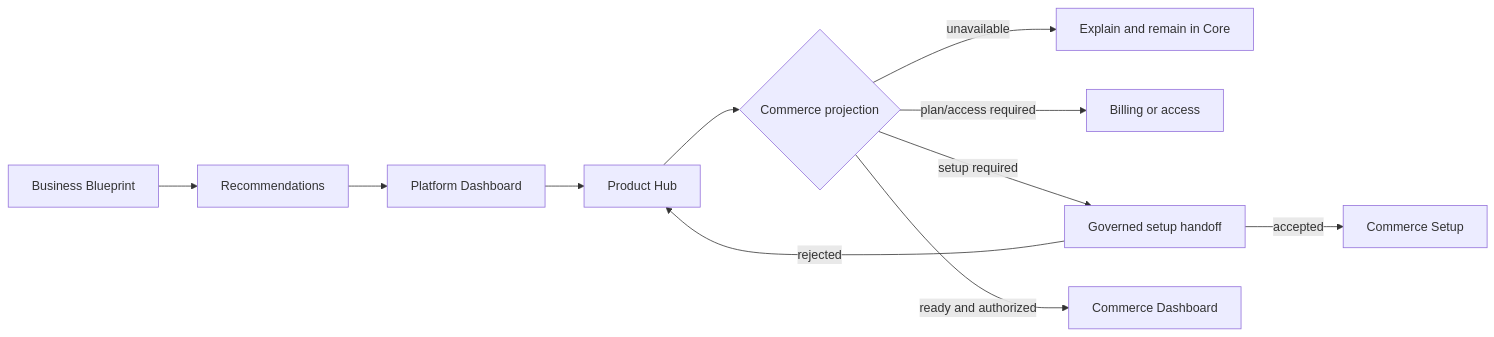
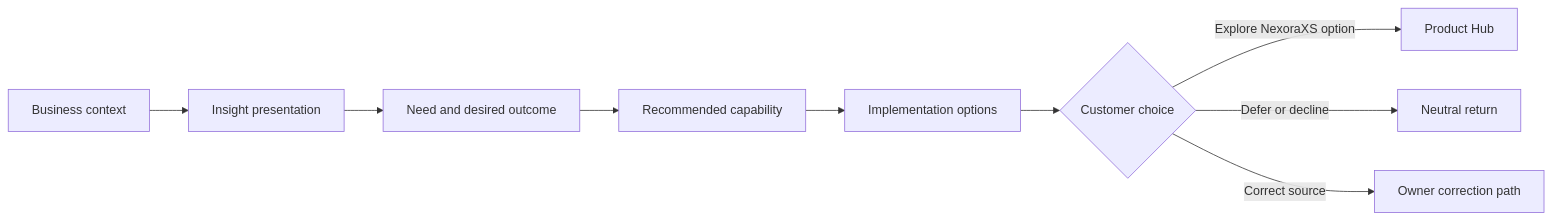
The sixth of 10 diagrams in docs/03-ui-ux/06-USER-FLOWS.md (Mustafa-1993-commits/nexoraxs-v3), drawn with Mermaid before and after one commit. The commit also changed other lines of this file and 23 other files, not shown here.

````diff
--- a/docs/03-ui-ux/06-USER-FLOWS.md
+++ b/docs/03-ui-ux/06-USER-FLOWS.md
@@ -331,13 +177,11 @@
 ```mermaid
 flowchart LR
-    A[Business Blueprint] --> B[Recommendations]
-    B --> C[Platform Dashboard]
-    C --> D[Product Hub]
-    D --> E{Commerce projection}
-    E -->|unavailable| F[Explain and remain in Core]
-    E -->|plan/access required| G[Billing or access]
-    E -->|setup required| H[Governed setup handoff]
-    E -->|ready and authorized| I[Commerce Dashboard]
-    H -->|rejected| D
-    H -->|accepted| J[Commerce Setup]
+  A[Business context] --> B[Insight presentation]
+  B --> C[Need and desired outcome]
+  C --> D[Recommended capability]
+  D --> E[Implementation options]
+  E --> F{Customer choice}
+  F -->|Explore NexoraXS option| G[Product Hub]
+  F -->|Defer or decline| H[Neutral return]
+  F -->|Correct source| I[Owner correction path]
 ```
````
